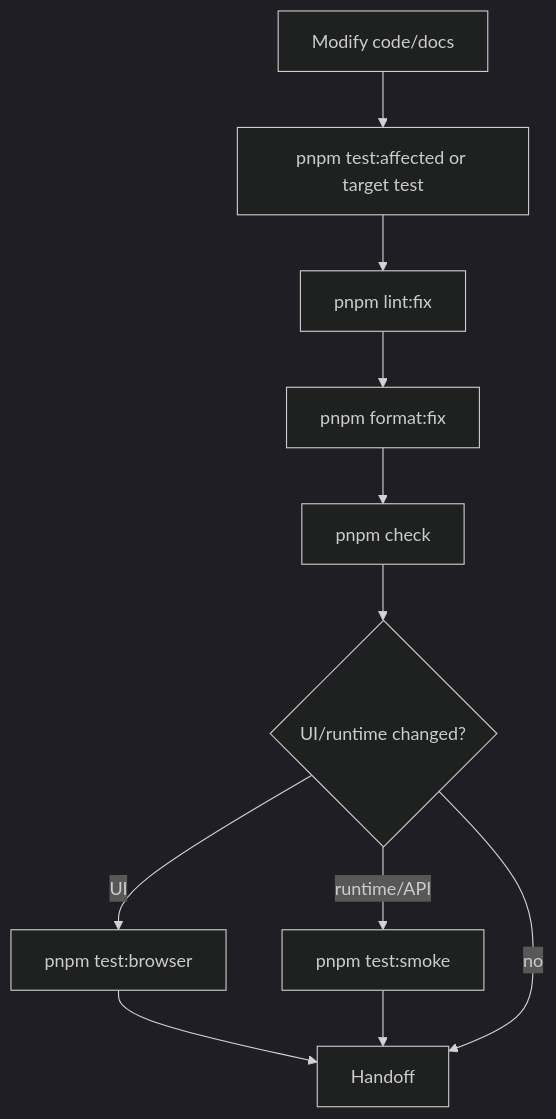
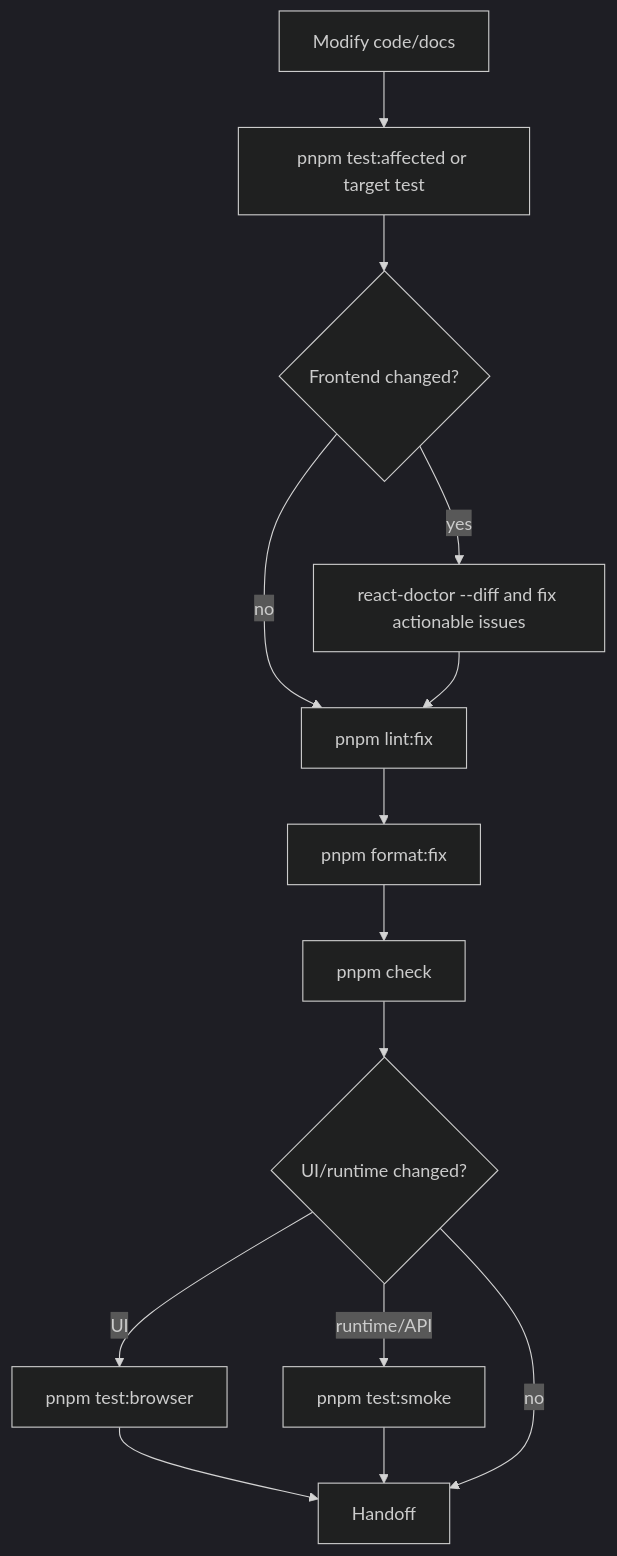
The diagram in docs/Logical Architecture Diagram/02-quality-gates.md (tetap/tetap-agent-template), drawn with Mermaid (dark theme) before and after one commit. The commit also changed other lines of this file and 108 other files, not shown here.

````diff
--- a/docs/Logical Architecture Diagram/02-quality-gates.md
+++ b/docs/Logical Architecture Diagram/02-quality-gates.md
@@ -23,13 +24,16 @@
 ```mermaid
 flowchart TD
   A[Modify code/docs] --> B[pnpm test:affected or target test]
-  B --> C[pnpm lint:fix]
-  C --> D[pnpm format:fix]
-  D --> E[pnpm check]
-  E --> F{UI/runtime changed?}
-  F -- UI --> G[pnpm test:browser]
-  F -- runtime/API --> H[pnpm test:smoke]
-  G --> I[Handoff]
-  H --> I
-  F -- no --> I
+  B --> C{Frontend changed?}
+  C -- yes --> D[react-doctor --diff and fix actionable issues]
+  C -- no --> E[pnpm lint:fix]
+  D --> E
+  E --> F[pnpm format:fix]
+  F --> G[pnpm check]
+  G --> H{UI/runtime changed?}
+  H -- UI --> I[pnpm test:browser]
+  H -- runtime/API --> J[pnpm test:smoke]
+  I --> K[Handoff]
+  J --> K
+  H -- no --> K
 ```
````
